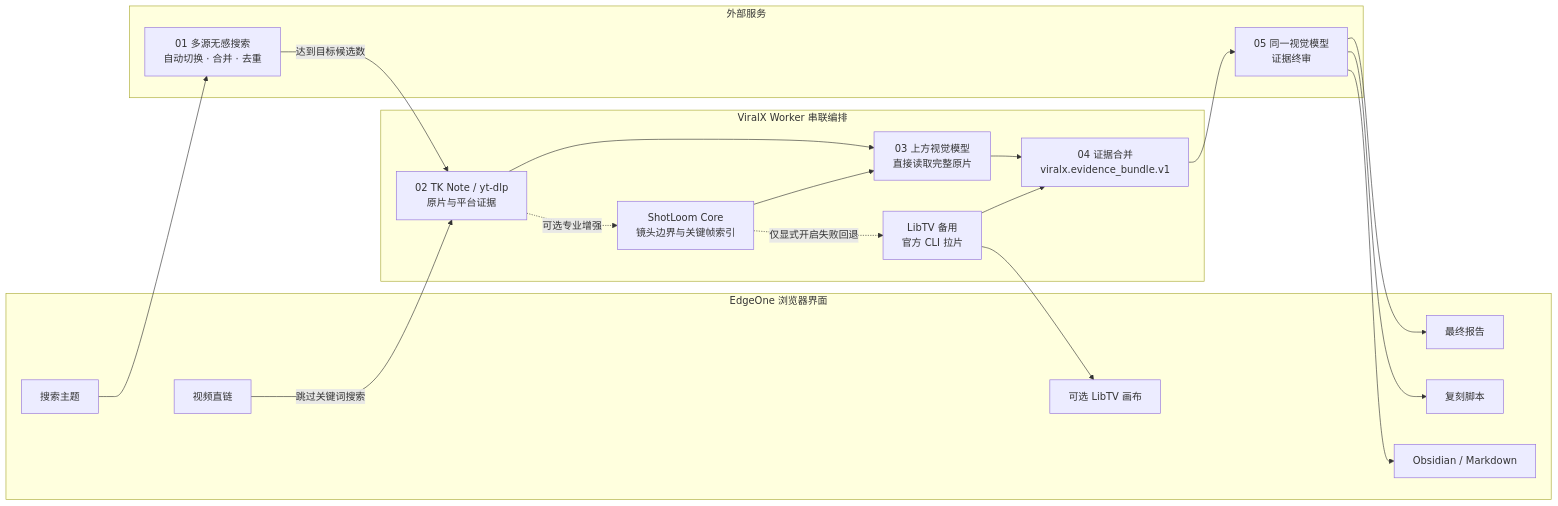
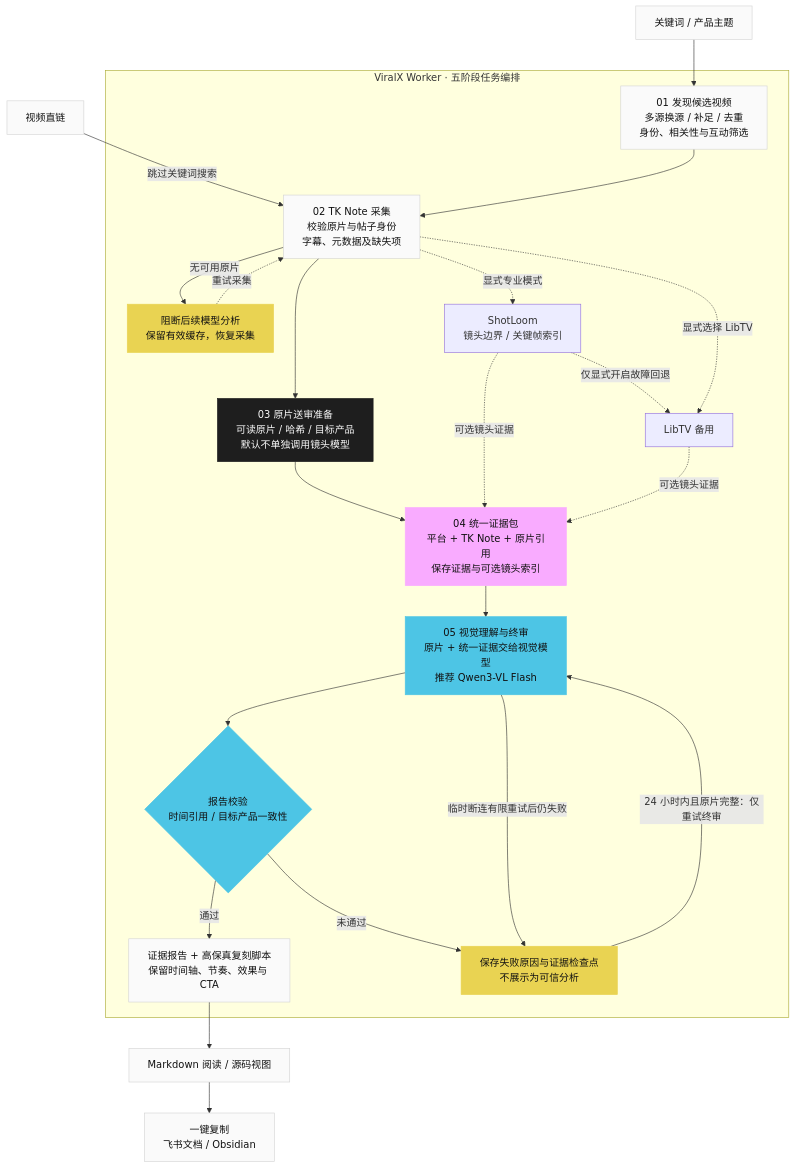
The diagram in docs/assets/viralx-workflow.mmd (chongchonghaoman/ViralX), drawn with Mermaid before and after one commit. The commit also changed 2 other files, not shown here.

Commit message:
docs: align workflow diagram with source-video review

```diff
--- a/docs/assets/viralx-workflow.mmd
+++ b/docs/assets/viralx-workflow.mmd
@@ -1,37 +1,34 @@
-flowchart LR
-    K[搜索主题] --> A[01 多源无感搜索<br/>自动切换 · 合并 · 去重]
-    A -->|达到目标候选数| T[02 TK Note / yt-dlp<br/>原片与平台证据]
-    U[视频直链] -->|跳过关键词搜索| T
-    T --> V[03 上方视觉模型<br/>直接读取完整原片]
-    T -. 可选专业增强 .-> F[ShotLoom Core<br/>镜头边界与关键帧索引]
-    F --> V
-    F -. 仅显式开启失败回退 .-> L[LibTV 备用<br/>官方 CLI 拉片]
-    V --> E[04 证据合并<br/>viralx.evidence_bundle.v1]
-    L --> E
-    E --> M[05 同一视觉模型<br/>证据终审]
-    M --> R[最终报告]
-    M --> P[复刻脚本]
-    M --> O[Obsidian / Markdown]
-    L --> C[可选 LibTV 画布]
-
-    subgraph Browser[EdgeOne 浏览器界面]
-        K
-        U
-        R
-        P
-        O
-        C
+flowchart TB
+    K["关键词 / 产品主题"] --> A
+    U["视频直链"] -->|跳过关键词搜索| T
+    subgraph Worker["ViralX Worker · 五阶段任务编排"]
+        A["01 发现候选视频<br/>多源换源 / 补足 / 去重<br/>身份、相关性与互动筛选"] --> T
+        T["02 TK Note 采集<br/>校验原片与帖子身份<br/>字幕、元数据及缺失项"] --> V
+        V["03 原片送审准备<br/>可读原片 / 哈希 / 目标产品<br/>默认不单独调用镜头模型"] --> E
+        E["04 统一证据包<br/>平台 + TK Note + 原片引用<br/>保存证据与可选镜头索引"] --> M
+        M["05 视觉理解与终审<br/>原片 + 统一证据交给视觉模型<br/>推荐 Qwen3-VL Flash"] --> G
+        G{"报告校验<br/>时间引用 / 目标产品一致性"}
+        G -->|通过| R["证据报告 + 高保真复刻脚本<br/>保留时间轴、节奏、效果与 CTA"]
+        G -->|未通过| C["保存失败原因与证据检查点<br/>不展示为可信分析"]
+        M -->|临时断连有限重试后仍失败| C
+        C -->|24 小时内且原片完整：仅重试终审| M
+        T -->|无可用原片| B["阻断后续模型分析<br/>保留有效缓存，恢复采集"]
+        B -. 重试采集 .-> T
+        T -. 显式专业模式 .-> S["ShotLoom<br/>镜头边界 / 关键帧索引"]
+        S -. 可选镜头证据 .-> E
+        S -. 仅显式开启故障回退 .-> L["LibTV 备用"]
+        T -. 显式选择 LibTV .-> L
+        L -. 可选镜头证据 .-> E
     end
-
-    subgraph Worker[ViralX Worker 串联编排]
-        T
-        F
-        V
-        L
-        E
-    end
-
-    subgraph Services[外部服务]
-        A
-        M
-    end
+    R --> O["Markdown 阅读 / 源码视图"]
+    O --> P["一键复制<br/>飞书文档 / Obsidian"]
+    classDef ordinary fill:#FAFAFA,stroke:#D4D4D4,color:#111111
+    classDef dark fill:#1E1E1E,stroke:#1E1E1E,color:#FAFAFA
+    classDef pink fill:#F9ABFF,stroke:#F9ABFF,color:#111111
+    classDef cyan fill:#4DC5E5,stroke:#4DC5E5,color:#111111
+    classDef caution fill:#E9D352,stroke:#E9D352,color:#111111
+    class A,T,K,U,R,O,P ordinary
+    class V dark
+    class E pink
+    class M,G cyan
+    class C,B caution
```
